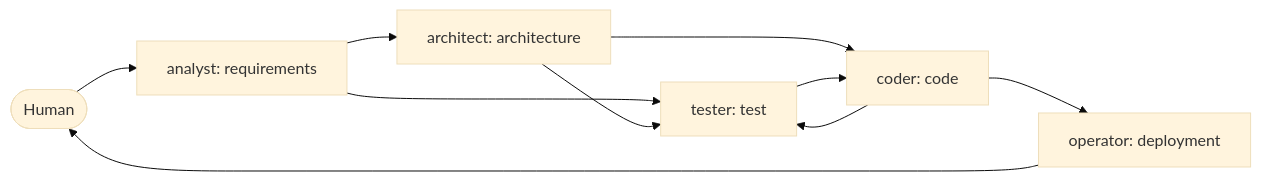
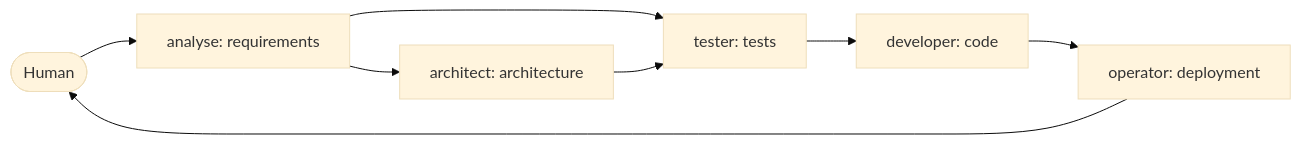
Before and after one commit to ChBrain/KAAL: the diagram in DESIGN.md, drawn with Mermaid (base theme). The commit also changed other lines of this file, not shown here.

````diff
--- a/DESIGN.md
+++ b/DESIGN.md
@@ -204,12 +205,10 @@
 ```mermaid
 flowchart LR
   H([Human]) --> R
-  R[analyst: requirements] --> A[architect: architecture]
-  R --> T[tester: test]
+  R[analyse: requirements] --> A[architect: architecture]
+  R --> T[tester: tests]
   A --> T
-  A --> C[coder: code]
-  T --> C
-  C --> T
+  T --> C[developer: code]
   C --> D[operator: deployment]
   D --> H
 ```
````
